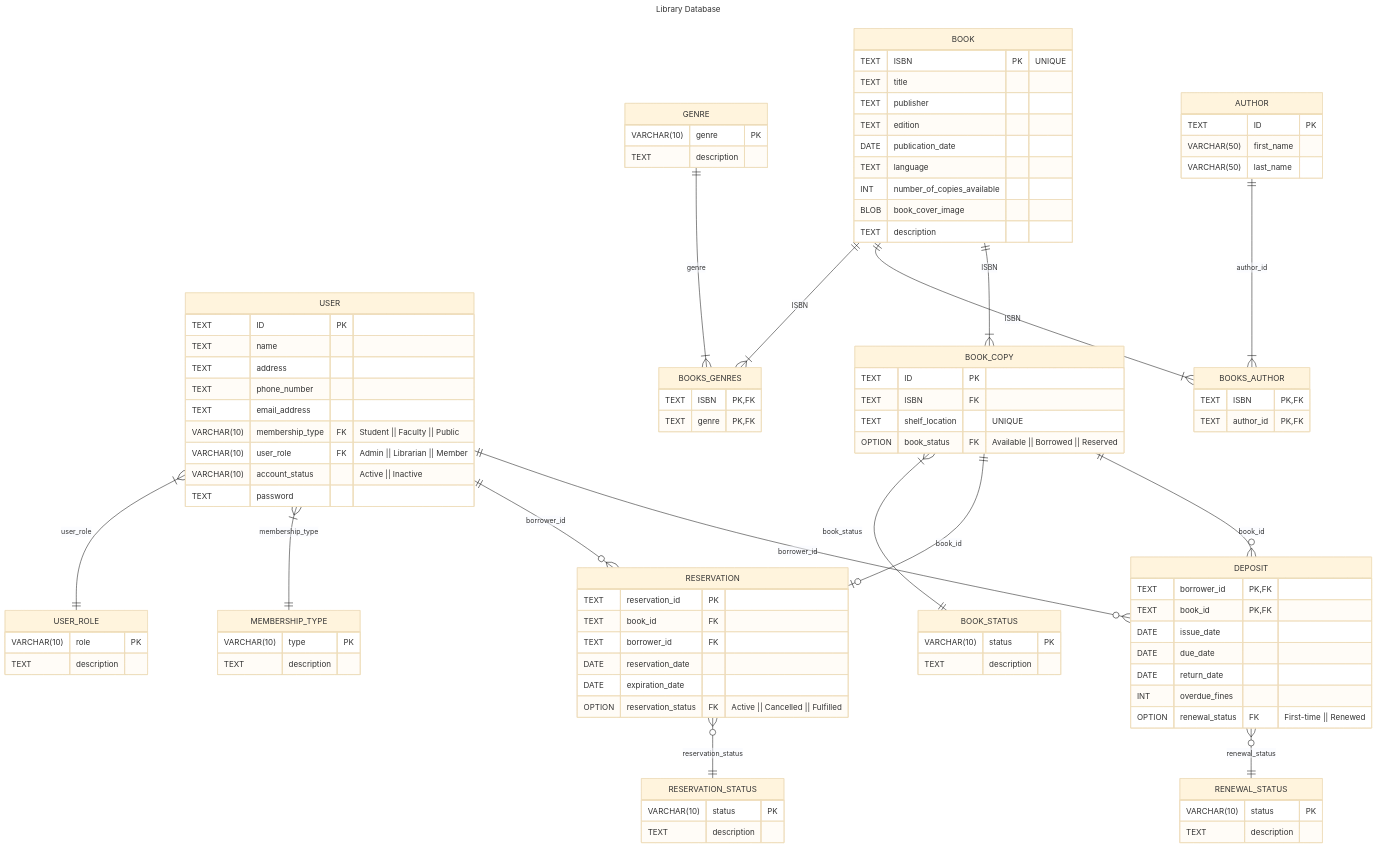
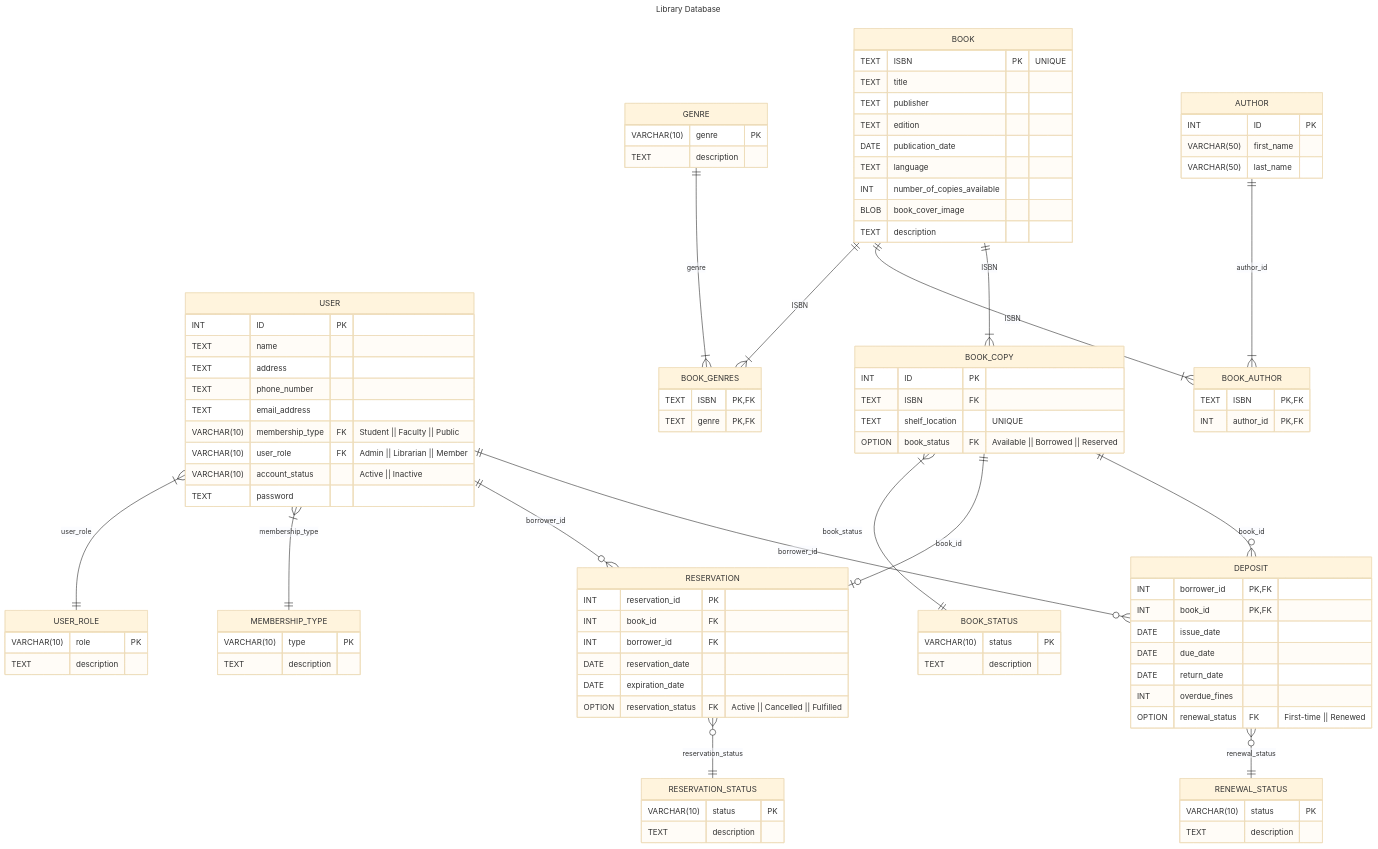
One commit to SadNguyen2107/Library-Management-Software-CS3332 changed the diagram in Diagrams/Database/EntityRelationshipDiagrams.md. Above: the diagram before and after it, drawn with Mermaid (base theme). The commit also changed other lines of this file and 4 other files, not shown here.

Commit message:
Update the Diagram from TEXT ID to INT ID

```diff
--- a/Diagrams/Database/EntityRelationshipDiagrams.md
+++ b/Diagrams/Database/EntityRelationshipDiagrams.md
@@ -12,7 +12,7 @@
 ---
 erDiagram
     USER {
-        TEXT ID         PK
+        INT ID         PK
         TEXT name
         TEXT address
         TEXT phone_number
@@ -24,7 +24,7 @@
     }
 
     AUTHOR {
-        TEXT ID         PK
+        INT ID         PK
         VARCHAR(50) first_name
         VARCHAR(50) last_name
     }
@@ -41,35 +41,35 @@
         TEXT description
     }
 
-    BOOKS_GENRES {
+    BOOK_GENRES {
         TEXT ISBN       PK, FK
         TEXT genre      PK,FK
     }
 
-    BOOKS_AUTHOR {
+    BOOK_AUTHOR {
         TEXT ISBN       PK, FK
-        TEXT author_id      PK, FK
+        INT author_id      PK, FK
     }
     
     BOOK_COPY {
-        TEXT ID     PK
+        INT ID     PK
         TEXT ISBN   FK
         TEXT shelf_location             "UNIQUE"
         OPTION book_status      FK      "Available || Borrowed || Reserved"
     }
 
     RESERVATION {
-        TEXT reservation_id     PK
-        TEXT book_id            FK
-        TEXT borrower_id        FK
+        INT reservation_id     PK
+        INT book_id            FK
+        INT borrower_id        FK
         DATE reservation_date   
         DATE expiration_date
         OPTION reservation_status   FK  "Active || Cancelled || Fulfilled"
     }
 
     DEPOSIT {
-        TEXT borrower_id PK, FK
-        TEXT book_id    PK, FK
+        INT borrower_id PK, FK
+        INT book_id    PK, FK
         DATE issue_date
         DATE due_date
         DATE return_date
@@ -117,13 +117,13 @@
     BOOK_COPY ||--o{ DEPOSIT: book_id
     BOOK_COPY ||--o| RESERVATION: book_id
     BOOK_COPY }|--|| BOOK_STATUS: book_status
-    AUTHOR ||--|{ BOOKS_AUTHOR: author_id
+    AUTHOR ||--|{ BOOK_AUTHOR: author_id
 
     BOOK ||--|{ BOOK_COPY: ISBN
-    BOOK ||--|{ BOOKS_AUTHOR: ISBN
-    BOOK ||--|{ BOOKS_GENRES: ISBN
+    BOOK ||--|{ BOOK_AUTHOR: ISBN
+    BOOK ||--|{ BOOK_GENRES: ISBN
 
-    GENRE ||--|{ BOOKS_GENRES: genre
+    GENRE ||--|{ BOOK_GENRES: genre
 
     USER ||--o{ DEPOSIT: borrower_id
     USER ||--o{ RESERVATION: borrower_id
```
